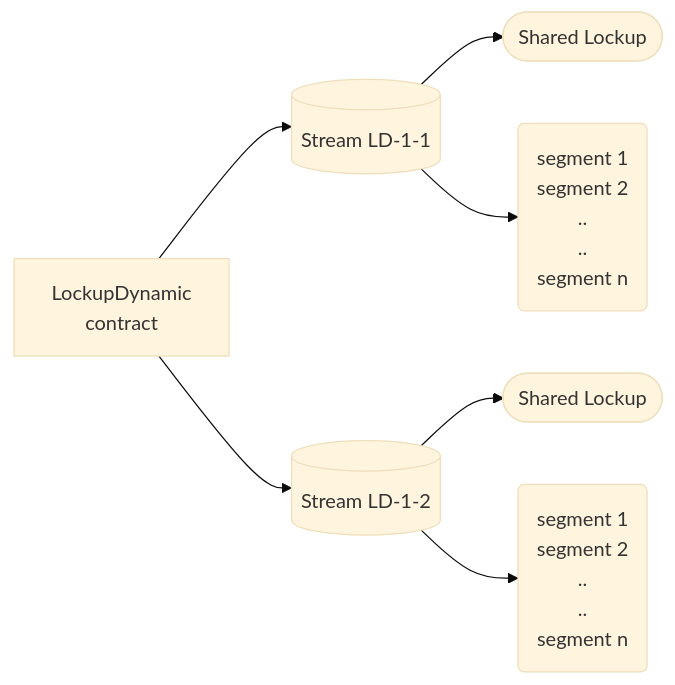
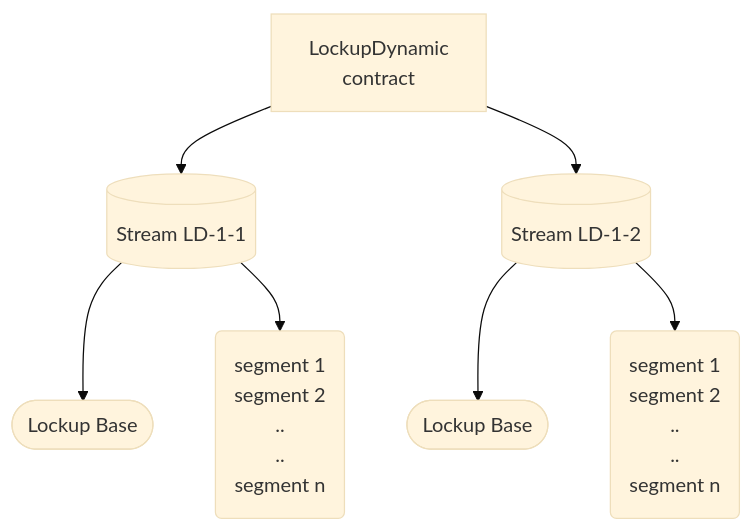
Before and after one commit to sablier-labs/docs: the third of 7 diagrams in docs/reference/lockup/01-diagrams.md, drawn with Mermaid (base theme). The commit also changed other lines of this file and 7 other files, not shown here.

First line of the commit message:
docs: campaign verification guide and update flow diagram (#226)

````diff
--- a/docs/reference/lockup/01-diagrams.md
+++ b/docs/reference/lockup/01-diagrams.md
@@ -79,28 +79,28 @@
 ```mermaid
-flowchart LR;
+flowchart TD;
   C["LockupDynamic\ncontract"];
+
   S0[(Stream LD-1-1)];
-  P0([Shared Lockup]);
+  P0([Lockup Base]);
   segments0(segment 1
             segment 2
             ..
             ..
             segment n
             );
   S0 --> P0;
   S0 --> segments0;
   C --> S0;
 
-  C["LockupDynamic\ncontract"];
   S1[(Stream LD-1-2)];
-  P2([Shared Lockup]);
+  P2([Lockup Base]);
   segments1(segment 1
             segment 2
             ..
             ..
             segment n
           );
   S1 --> P2;
   S1 --> segments1;
   C --> S1;
 ```
````
